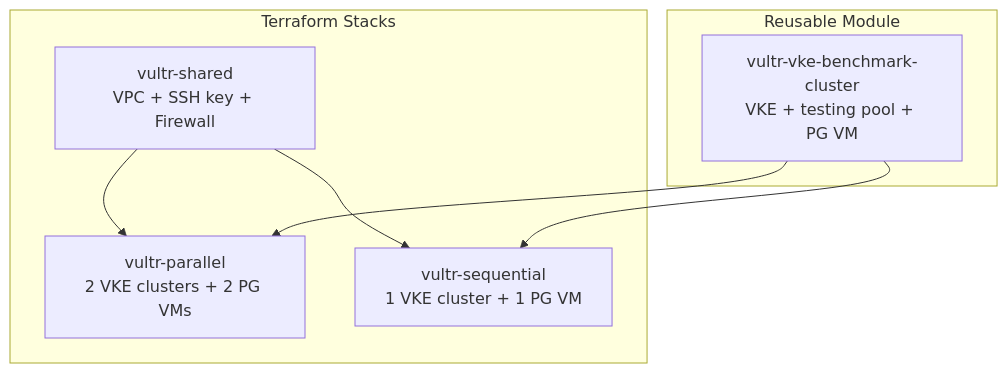
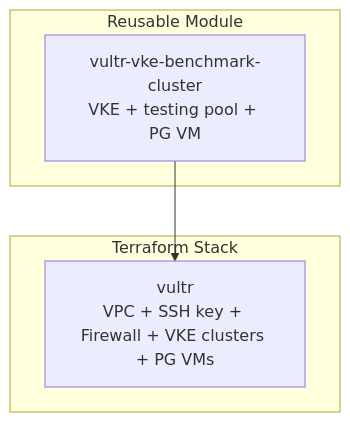
One commit to Ahmad-mufied/monolith-vs-microservice-thesis changed the second of 10 diagrams in docs/infrastructure/vultr-complete-architecture.md. Above: the diagram before and after it, drawn with Mermaid. The commit also changed other lines of this file and 40 other files, not shown here.

First line of the commit message:
refactor: consolidate Vultr infrastructure into one Terraform stack (#59)

````diff
--- a/docs/infrastructure/vultr-complete-architecture.md
+++ b/docs/infrastructure/vultr-complete-architecture.md
@@ -123,17 +124,12 @@
 ```mermaid
 flowchart TB
-  subgraph stacks["Terraform Stacks"]
-    shared["vultr-shared<br/>VPC + SSH key + Firewall"]
-    parallel["vultr-parallel<br/>2 VKE clusters + 2 PG VMs"]
-    sequential["vultr-sequential<br/>1 VKE cluster + 1 PG VM"]
+  subgraph stacks["Terraform Stack"]
+    vultr["vultr<br/>VPC + SSH key + Firewall + VKE clusters + PG VMs"]
   end
 
   subgraph module["Reusable Module"]
     cluster["vultr-vke-benchmark-cluster<br/>VKE + testing pool + PG VM"]
   end
 
-  shared --> parallel
-  shared --> sequential
-  cluster --> parallel
-  cluster --> sequential
+  cluster --> vultr
 ```
````
